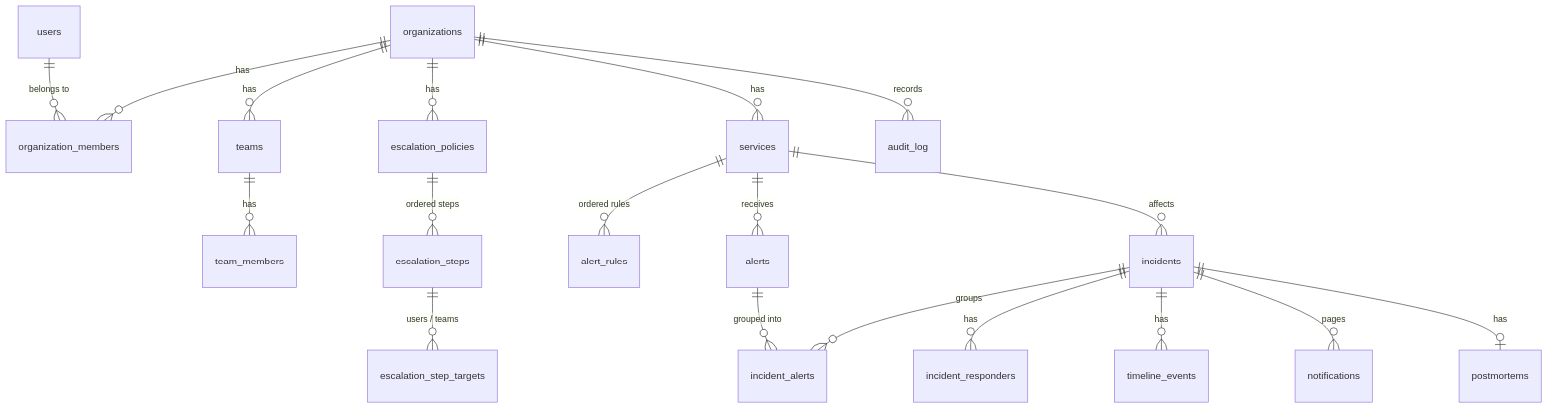
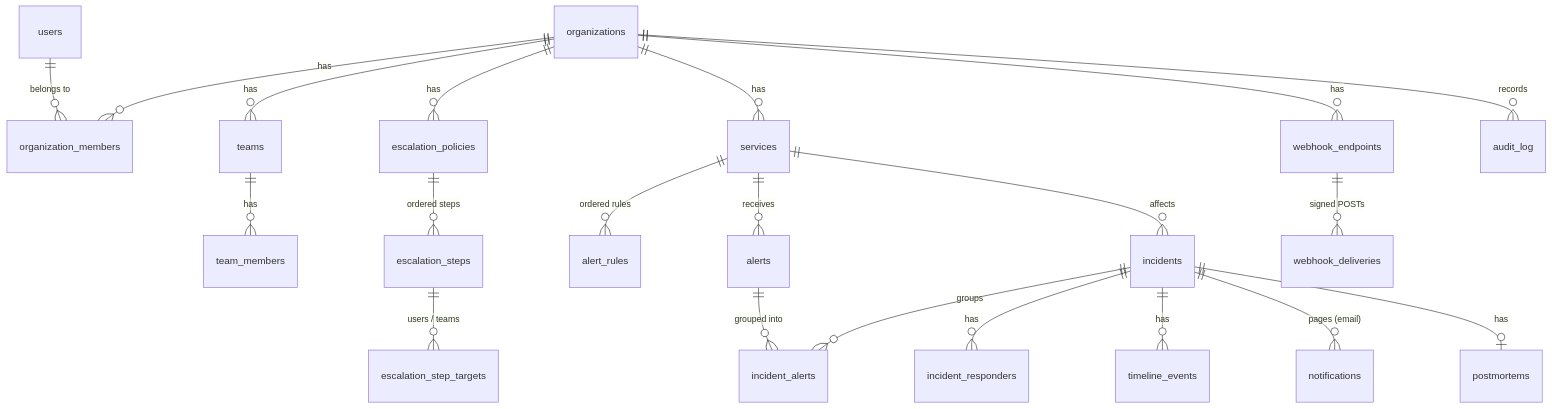
Before and after one commit to kgiannopoulou/incident-response-platform: the diagram in README.md, drawn with Mermaid. The commit also changed other lines of this file and 40 other files, not shown here.

Commit message:
Phase 13: email pages and signed outgoing webhooks with delivery log, retries and SSRF guard

````diff
--- a/README.md
+++ b/README.md
@@ -245,21 +251,23 @@
 ```mermaid
 erDiagram
   organizations ||--o{ organization_members : has
   users ||--o{ organization_members : "belongs to"
   organizations ||--o{ teams : has
   teams ||--o{ team_members : has
   organizations ||--o{ escalation_policies : has
   escalation_policies ||--o{ escalation_steps : "ordered steps"
   escalation_steps ||--o{ escalation_step_targets : "users / teams"
   organizations ||--o{ services : has
   services ||--o{ alert_rules : "ordered rules"
   services ||--o{ alerts : receives
   services ||--o{ incidents : affects
   incidents ||--o{ incident_alerts : groups
   alerts ||--o{ incident_alerts : "grouped into"
   incidents ||--o{ incident_responders : has
   incidents ||--o{ timeline_events : has
-  incidents ||--o{ notifications : pages
+  incidents ||--o{ notifications : "pages (email)"
+  organizations ||--o{ webhook_endpoints : has
+  webhook_endpoints ||--o{ webhook_deliveries : "signed POSTs"
   incidents ||--o| postmortems : has
   organizations ||--o{ audit_log : records
 ```
````
